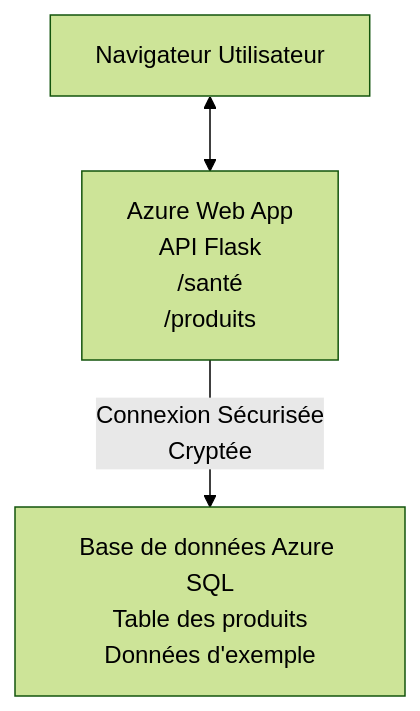
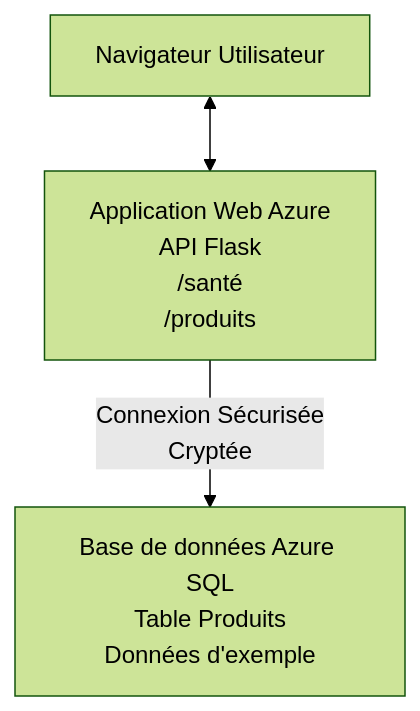
The diagram in translations/fr/examples/database-app/README.md (microsoft/AZD-for-beginners), drawn with Mermaid (forest theme) before and after one commit. The commit also changed other lines of this file and 104 other files, not shown here.

````diff
--- a/translations/fr/examples/database-app/README.md
+++ b/translations/fr/examples/database-app/README.md
@@ -72,5 +72,5 @@
 ```mermaid
 graph TD
-    Browser[Navigateur Utilisateur] <--> WebApp[Azure Web App<br/>API Flask<br/>/santé<br/>/produits]
-    WebApp -- Connexion Sécurisée<br/>Cryptée --> SQL[Base de données Azure SQL<br/>Table des produits<br/>Données d'exemple]
+    Browser[Navigateur Utilisateur] <--> WebApp[Application Web Azure<br/>API Flask<br/>/santé<br/>/produits]
+    WebApp -- Connexion Sécurisée<br/>Cryptée --> SQL[Base de données Azure SQL<br/>Table Produits<br/>Données d'exemple]
 ```
````
